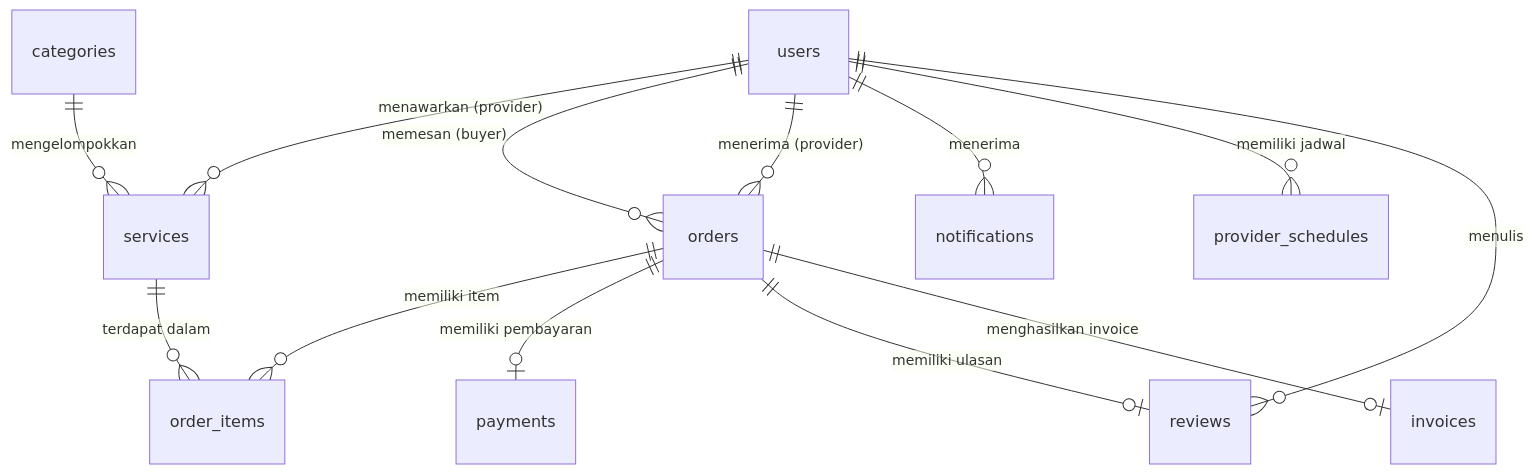
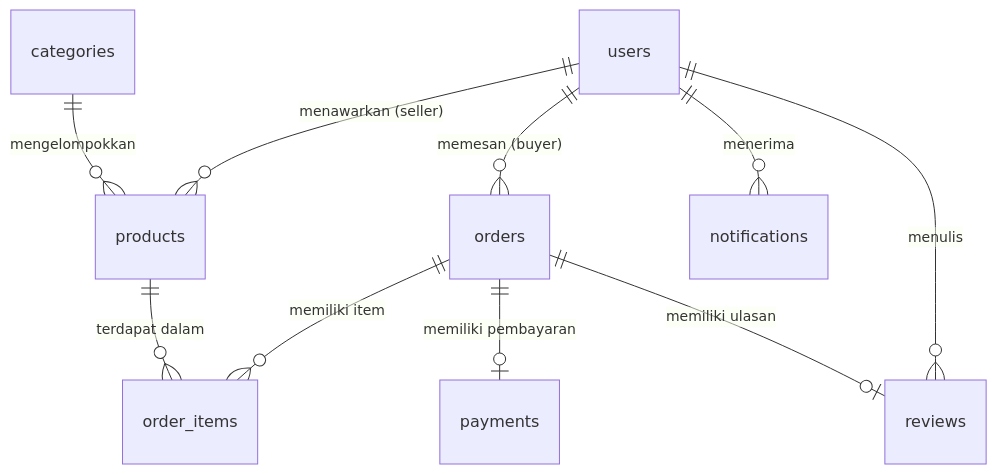
One commit to PemrogramanWebF4A4-2526Genap/tugasbesar-RafliArydk changed the diagram in docs/DATABASE_SCHEMA.md. Above: the diagram before and after it, drawn with Mermaid. The commit also changed other lines of this file and 4 other files, not shown here.

````diff
--- a/docs/DATABASE_SCHEMA.md
+++ b/docs/DATABASE_SCHEMA.md
@@ -12,15 +12,12 @@
 ```mermaid
 erDiagram
-    users ||--o{ services : "menawarkan (provider)"
+    users ||--o{ products : "menawarkan (seller)"
     users ||--o{ orders : "memesan (buyer)"
-    users ||--o{ orders : "menerima (provider)"
     users ||--o{ notifications : "menerima"
-    users ||--o{ provider_schedules : "memiliki jadwal"
     users ||--o{ reviews : "menulis"
-    categories ||--o{ services : "mengelompokkan"
-    services ||--o{ order_items : "terdapat dalam"
+    categories ||--o{ products : "mengelompokkan"
+    products ||--o{ order_items : "terdapat dalam"
     orders ||--o{ order_items : "memiliki item"
     orders ||--o| payments : "memiliki pembayaran"
     orders ||--o| reviews : "memiliki ulasan"
-    orders ||--o| invoices : "menghasilkan invoice"
 ```
````
